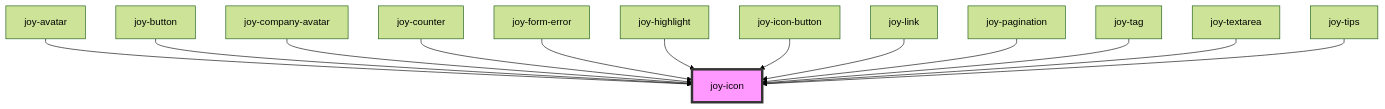
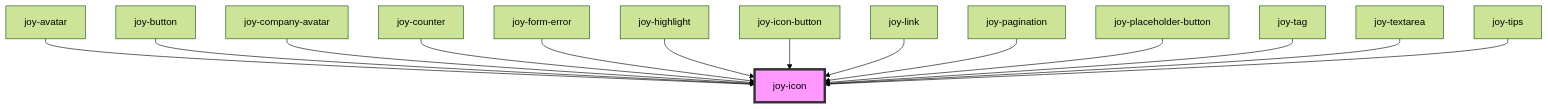
One commit to Maltcommunity/joy changed the diagram in core/src/components/icon/readme.md. Above: the diagram before and after it, drawn with Mermaid (forest theme). The commit also changed other lines of this file and 4 other files, not shown here.

Commit message:
Migrate placeholder-button

````diff
--- a/core/src/components/icon/readme.md
+++ b/core/src/components/icon/readme.md
@@ -65,16 +66,17 @@
 ```mermaid
 graph TD;
   joy-avatar --> joy-icon
   joy-button --> joy-icon
   joy-company-avatar --> joy-icon
   joy-counter --> joy-icon
   joy-form-error --> joy-icon
   joy-highlight --> joy-icon
   joy-icon-button --> joy-icon
   joy-link --> joy-icon
   joy-pagination --> joy-icon
+  joy-placeholder-button --> joy-icon
   joy-tag --> joy-icon
   joy-textarea --> joy-icon
   joy-tips --> joy-icon
   style joy-icon fill:#f9f,stroke:#333,stroke-width:4px
 ```
````
